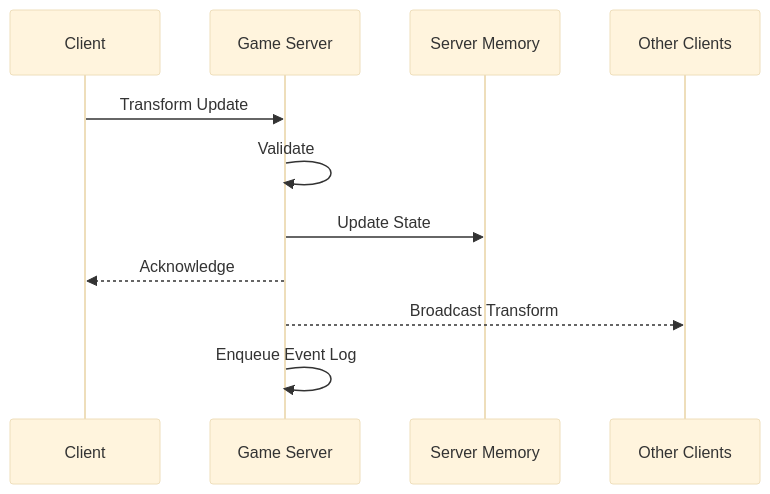
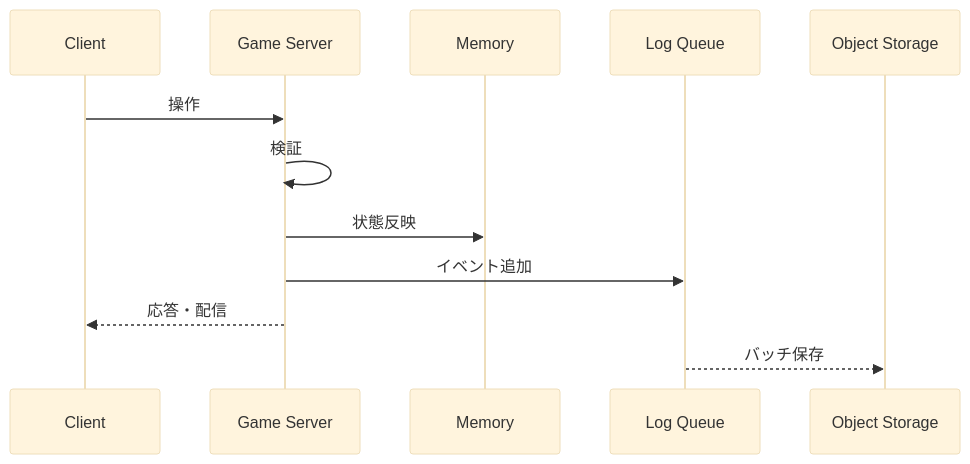
The third of 3 diagrams in docs/whiteboard-brainstorm.md (guriguri00451/BibaiHack), drawn with Mermaid (base theme) before and after one commit. The commit also changed other lines of this file, not shown here.

````diff
--- a/docs/whiteboard-brainstorm.md
+++ b/docs/whiteboard-brainstorm.md
@@ -270,14 +345,14 @@
 ```mermaid
 sequenceDiagram
-    participant C as Client
-    participant S as Game Server
-    participant M as Server Memory
-    participant O as Other Clients
-
-    C->>S: Transform Update
-    S->>S: Validate
-    S->>M: Update State
-    S-->>C: Acknowledge
-    S-->>O: Broadcast Transform
-    S->>S: Enqueue Event Log
+  participant C as Client
+  participant S as Game Server
+  participant M as Memory
+  participant Q as Log Queue
+  participant O as Object Storage
+  C->>S: 操作
+  S->>S: 検証
+  S->>M: 状態反映
+  S->>Q: イベント追加
+  S-->>C: 応答・配信
+  Q-->>O: バッチ保存
 ```
````
